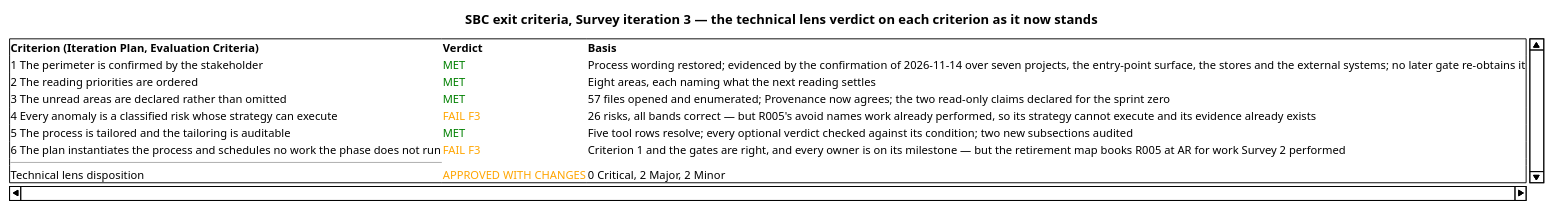
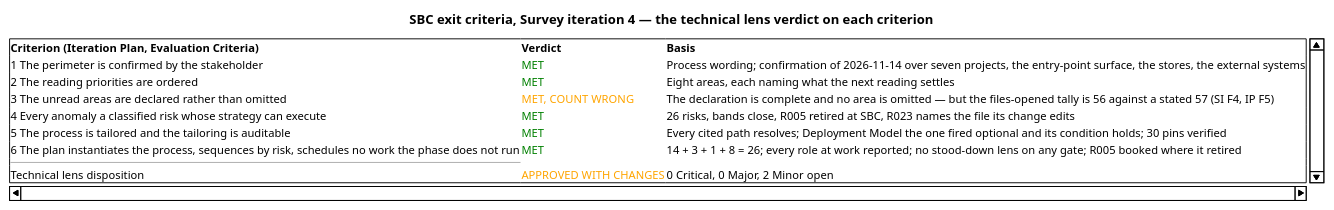
Before and after one commit to banense-test/TodoApp: the first of 15 diagrams in docs/artifacts/project-management/review-record.md, drawn with PlantUML. The commit also changed other lines of this file, not shown here.

First line of the commit message:
Reviewer [Survey4]: upsert Review Record

````diff
--- a/docs/artifacts/project-management/review-record.md
+++ b/docs/artifacts/project-management/review-record.md
@@ -94,18 +99,18 @@
 ```plantuml
 @startsalt
-title SBC exit criteria, Survey iteration 3 — the technical lens verdict on each criterion as it now stands
+title SBC exit criteria, Survey iteration 4 — the technical lens verdict on each criterion
 {
 {S
 <b>Criterion (Iteration Plan, Evaluation Criteria)</b> | <b>Verdict</b> | <b>Basis</b>
-1 The perimeter is confirmed by the stakeholder | <color:green>MET</color> | Process wording restored; evidenced by the confirmation of 2026-11-14 over seven projects, the entry-point surface, the stores and the external systems; no later gate re-obtains it
+1 The perimeter is confirmed by the stakeholder | <color:green>MET</color> | Process wording; confirmation of 2026-11-14 over seven projects, the entry-point surface, the stores, the external systems
 2 The reading priorities are ordered | <color:green>MET</color> | Eight areas, each naming what the next reading settles
-3 The unread areas are declared rather than omitted | <color:green>MET</color> | 57 files opened and enumerated; Provenance now agrees; the two read-only claims declared for the sprint zero
-4 Every anomaly is a classified risk whose strategy can execute | <color:orange>FAIL F3</color> | 26 risks, all bands correct — but R005's avoid names work already performed, so its strategy cannot execute and its evidence already exists
-5 The process is tailored and the tailoring is auditable | <color:green>MET</color> | Five tool rows resolve; every optional verdict checked against its condition; two new subsections audited
-6 The plan instantiates the process and schedules no work the phase does not run | <color:orange>FAIL F3</color> | Criterion 1 and the gates are right, and every owner is on its milestone — but the retirement map books R005 at AR for work Survey 2 performed
+3 The unread areas are declared rather than omitted | <color:orange>MET, COUNT WRONG</color> | The declaration is complete and no area is omitted — but the files-opened tally is 56 against a stated 57 (SI F4, IP F5)
+4 Every anomaly a classified risk whose strategy can execute | <color:green>MET</color> | 26 risks, bands close, R005 retired at SBC, R023 names the file its change edits
+5 The process is tailored and the tailoring is auditable | <color:green>MET</color> | Every cited path resolves; Deployment Model the one fired optional and its condition holds; 30 pins verified
+6 The plan instantiates the process, sequences by risk, schedules no work the phase does not run | <color:green>MET</color> | 14 + 3 + 1 + 8 = 26; every role at work reported; no stood-down lens on any gate; R005 booked where it retired
 --
-Technical lens disposition | <color:orange>APPROVED WITH CHANGES</color> | 0 Critical, 2 Major, 2 Minor
+Technical lens disposition | <color:orange>APPROVED WITH CHANGES</color> | 0 Critical, 0 Major, 2 Minor open
 }
 }
 @endsalt
 ```
````
